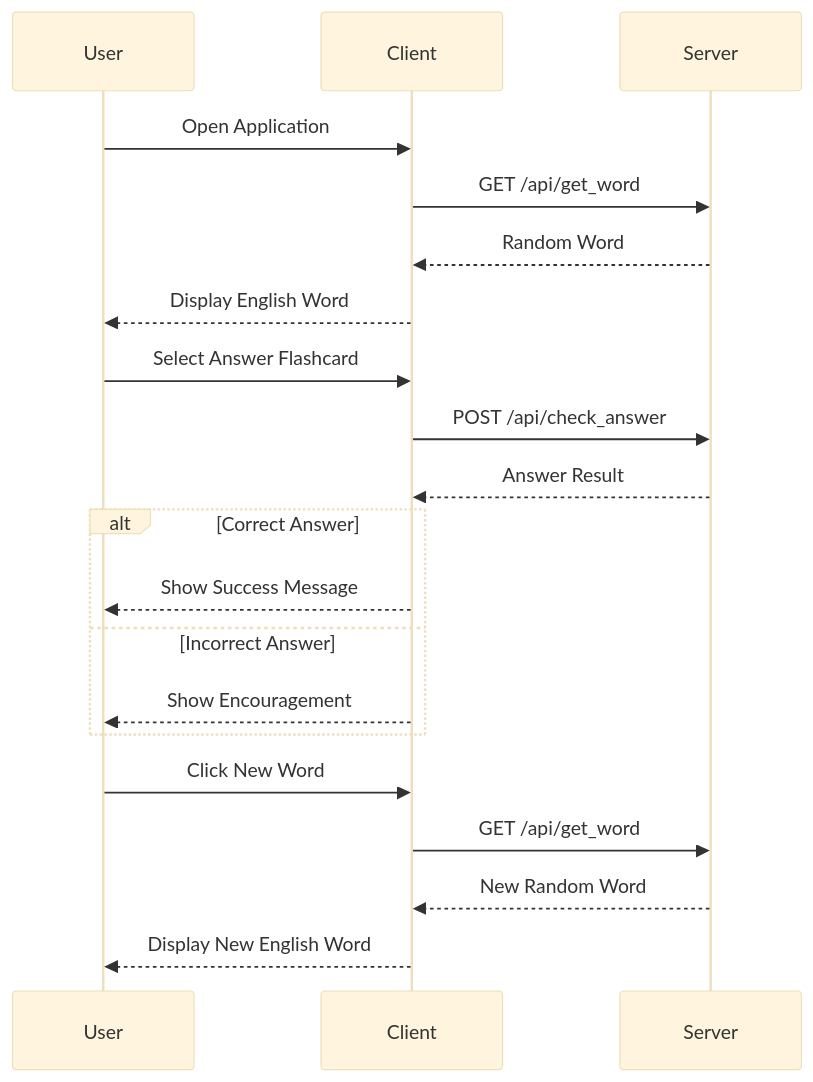
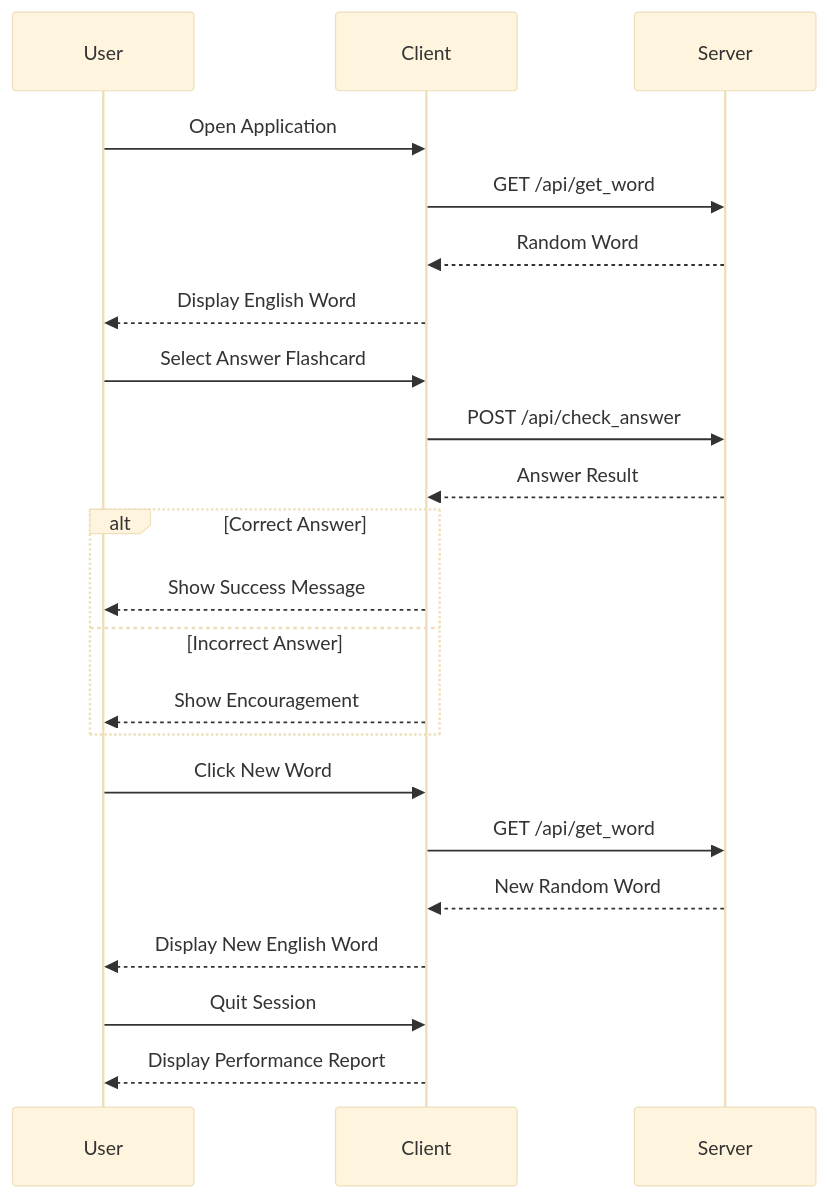
One commit to hemwins/free-genai-bootcamp-2025 changed the diagram in VocabFlashcard/README.md. Above: the diagram before and after it, drawn with Mermaid (base theme). The commit also changed other lines of this file and 28 other files, not shown here.

````diff
--- a/VocabFlashcard/README.md
+++ b/VocabFlashcard/README.md
@@ -65,23 +87,25 @@
 ```mermaid
 sequenceDiagram
     participant User
     participant Client
     participant Server
 
     User->>Client: Open Application
     Client->>Server: GET /api/get_word
     Server-->>Client: Random Word
     Client-->>User: Display English Word
     User->>Client: Select Answer Flashcard
     Client->>Server: POST /api/check_answer
     Server-->>Client: Answer Result
     alt Correct Answer
         Client-->>User: Show Success Message
     else Incorrect Answer
         Client-->>User: Show Encouragement
     end
     User->>Client: Click New Word
     Client->>Server: GET /api/get_word
     Server-->>Client: New Random Word
     Client-->>User: Display New English Word
+    User->>Client: Quit Session
+    Client-->>User: Display Performance Report
 ```
````
